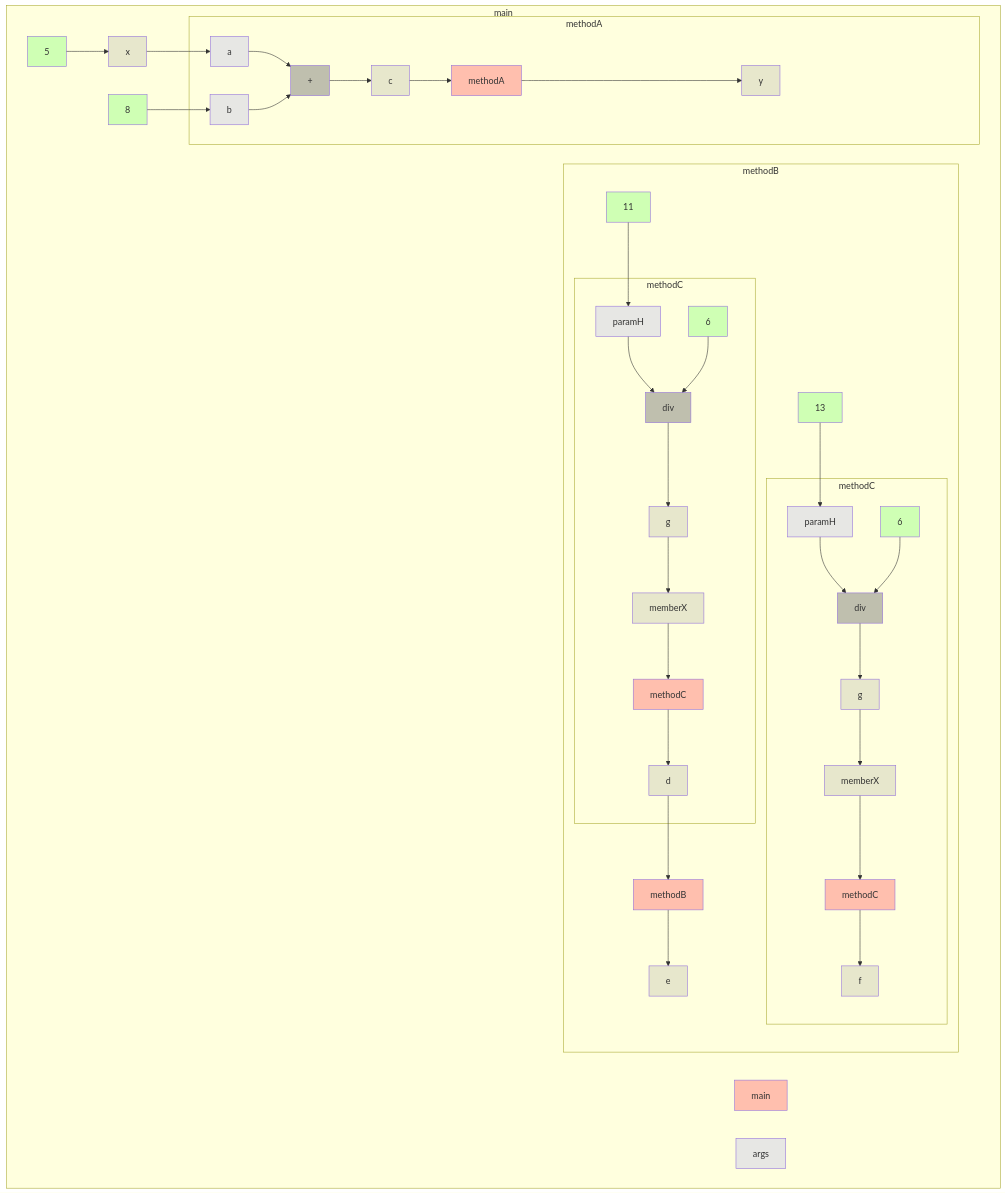
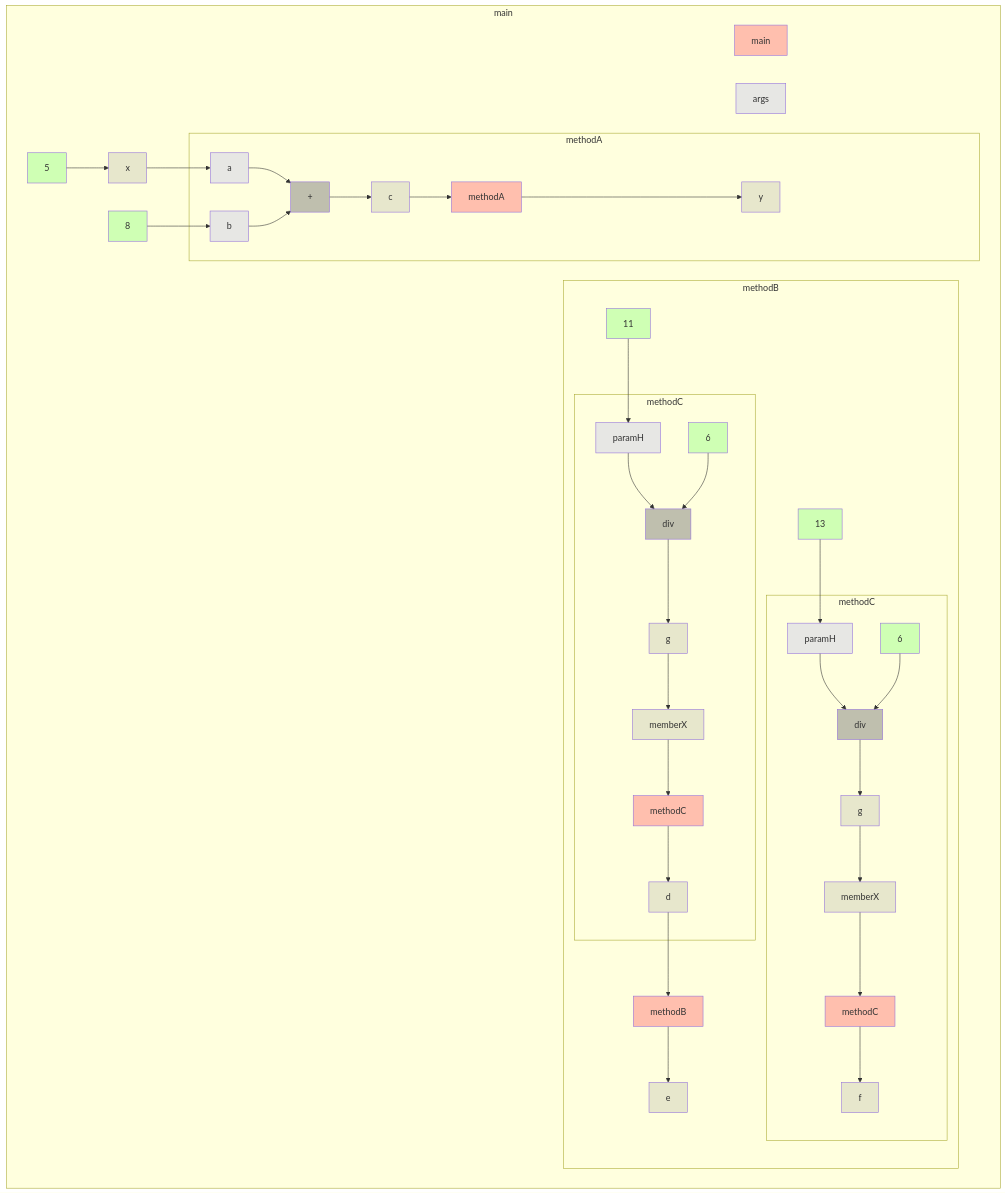
Before and after one commit to gstiebler/codeflow: the diagram in app/src/test/resources/funcCall/truth.md, drawn with Mermaid. The commit also changed 6 other files, not shown here.

````diff
--- a/app/src/test/resources/funcCall/truth.md
+++ b/app/src/test/resources/funcCall/truth.md
@@ -1,71 +1,71 @@
 ```mermaid
 flowchart TD
-  subgraph 4308940["main"]
+  subgraph 4309014["main"]
     214598[x]:::VARIABLE
     217505[5]:::LITERAL
     221840[y]:::VARIABLE
     227960[8]:::LITERAL
     240574[e]:::VARIABLE
     56996632[main]:::RETURN
-    1296531130[args]:::FUNC_PARAM
-    214598[x]:::VARIABLE --> 1248129501[a]:::FUNC_PARAM
+    1296552516[args]:::FUNC_PARAM
+    214598[x]:::VARIABLE --> -483667268685[a]:::FUNC_PARAM
     217505[5]:::LITERAL --> 214598[x]:::VARIABLE
-    227960[8]:::LITERAL --> 1248131541[b]:::FUNC_PARAM
-    subgraph 4317894["methodA"]
-      1248129501[a]:::FUNC_PARAM
-      1248131541[b]:::FUNC_PARAM
+    227960[8]:::LITERAL --> -483667266645[b]:::FUNC_PARAM
+    subgraph -1678252639["methodA"]
+      -483667268685[a]:::FUNC_PARAM
+      -483667266645[b]:::FUNC_PARAM
       1347750956[c]:::VARIABLE
       1347754050[+]:::BIN_OP
-      16244305365[methodA]:::RETURN
-      1248129501[a]:::FUNC_PARAM --> 1347754050[+]:::BIN_OP
-      1248131541[b]:::FUNC_PARAM --> 1347754050[+]:::BIN_OP
-      1347750956[c]:::VARIABLE --> 16244305365[methodA]:::RETURN
+      17591791216[methodA]:::RETURN
+      -483667268685[a]:::FUNC_PARAM --> 1347754050[+]:::BIN_OP
+      -483667266645[b]:::FUNC_PARAM --> 1347754050[+]:::BIN_OP
+      1347750956[c]:::VARIABLE --> 17591791216[methodA]:::RETURN
       1347754050[+]:::BIN_OP --> 1347750956[c]:::VARIABLE
-      16244305365[methodA]:::RETURN --> 221840[y]:::VARIABLE
+      17591791216[methodA]:::RETURN --> 221840[y]:::VARIABLE
     end
-    subgraph 4320114["methodB"]
+    subgraph -1678221670["methodB"]
       1347775219[d]:::VARIABLE
       1347783634[f]:::VARIABLE
       1347804799[11]:::LITERAL
       1347813214[13]:::LITERAL
-      16244322722[methodB]:::RETURN
-      1347775219[d]:::VARIABLE --> 16244322722[methodB]:::RETURN
-      1347804799[11]:::LITERAL --> -14324186260[paramH]:::FUNC_PARAM
-      1347813214[13]:::LITERAL --> -14323876163[paramH]:::FUNC_PARAM
-      16244322722[methodB]:::RETURN --> 240574[e]:::VARIABLE
-      subgraph 4326256["methodC"]
-        -14324186260[paramH]:::FUNC_PARAM
+      17591809410[methodB]:::RETURN
+      1347775219[d]:::VARIABLE --> 17591809410[methodB]:::RETURN
+      1347804799[11]:::LITERAL --> -500568206692[paramH]:::FUNC_PARAM
+      1347813214[13]:::LITERAL --> -500567222844[paramH]:::FUNC_PARAM
+      17591809410[methodB]:::RETURN --> 240574[e]:::VARIABLE
+      subgraph -1678179009["methodC"]
+        -500568206692[paramH]:::FUNC_PARAM
         1347811103[g]:::VARIABLE
         1347812582[6]:::LITERAL
         1349502705[div]:::BIN_OP
         17478815524[memberX]:::VARIABLE
-        17591857401[methodC]:::RETURN
-        -14324186260[paramH]:::FUNC_PARAM --> 1349502705[div]:::BIN_OP
+        17591858554[methodC]:::RETURN
+        -500568206692[paramH]:::FUNC_PARAM --> 1349502705[div]:::BIN_OP
         1347811103[g]:::VARIABLE --> 17478815524[memberX]:::VARIABLE
         1347812582[6]:::LITERAL --> 1349502705[div]:::BIN_OP
         1349502705[div]:::BIN_OP --> 1347811103[g]:::VARIABLE
-        17478815524[memberX]:::VARIABLE --> 17591857401[methodC]:::RETURN
-        17591857401[methodC]:::RETURN --> 1347775219[d]:::VARIABLE
+        17478815524[memberX]:::VARIABLE --> 17591858554[methodC]:::RETURN
+        17591858554[methodC]:::RETURN --> 1347775219[d]:::VARIABLE
       end
-      subgraph 4327329["methodC"]
-        -14323876163[paramH]:::FUNC_PARAM
+      subgraph -1678175605["methodC"]
+        -500567222844[paramH]:::FUNC_PARAM
         1347811195[g]:::VARIABLE
         1347812674[6]:::LITERAL
         1349502797[div]:::BIN_OP
         17478815616[memberX]:::VARIABLE
-        17591865782[methodC]:::RETURN
-        -14323876163[paramH]:::FUNC_PARAM --> 1349502797[div]:::BIN_OP
+        17591867027[methodC]:::RETURN
+        -500567222844[paramH]:::FUNC_PARAM --> 1349502797[div]:::BIN_OP
         1347811195[g]:::VARIABLE --> 17478815616[memberX]:::VARIABLE
         1347812674[6]:::LITERAL --> 1349502797[div]:::BIN_OP
         1349502797[div]:::BIN_OP --> 1347811195[g]:::VARIABLE
-        17478815616[memberX]:::VARIABLE --> 17591865782[methodC]:::RETURN
-        17591865782[methodC]:::RETURN --> 1347783634[f]:::VARIABLE
+        17478815616[memberX]:::VARIABLE --> 17591867027[methodC]:::RETURN
+        17591867027[methodC]:::RETURN --> 1347783634[f]:::VARIABLE
       end
     end
   end
   classDef LITERAL fill:#00FF0030
   classDef VARIABLE fill:#80808030
   classDef BIN_OP fill:#80808080
   classDef FUNC_PARAM fill:#8080FF30
   classDef RETURN fill:#FF808080
 ```
````
